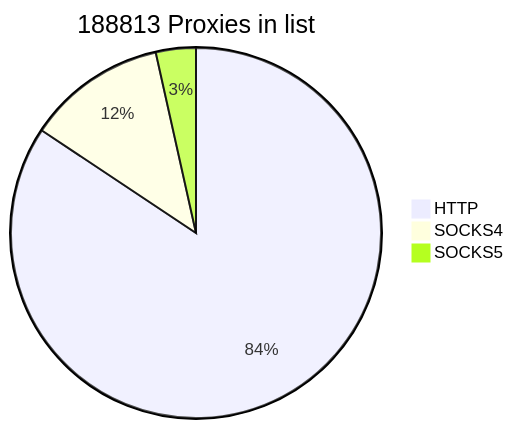
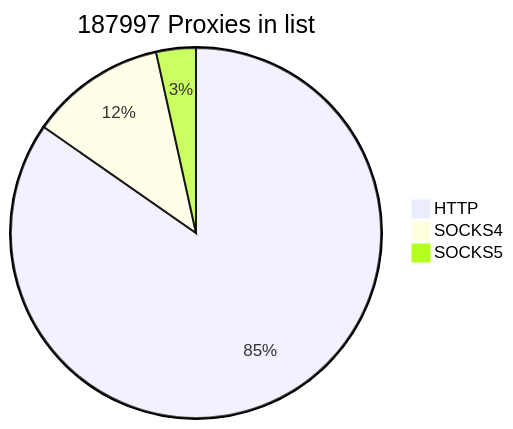
Before and after one commit to cutipu/proxylist: the first of 2 diagrams in README.md, drawn with Mermaid. The commit also changed other lines of this file, not shown here.

````diff
--- a/README.md
+++ b/README.md
@@ -2,7 +2,7 @@
 ```mermaid
-pie title 188813 Proxies in list
-    "HTTP" : 159250
-    "SOCKS4" : 22970
-    "SOCKS5" : 6593
+pie title 187997 Proxies in list
+    "HTTP" : 159209
+    "SOCKS4" : 22278
+    "SOCKS5" : 6510
             
 ```
````
